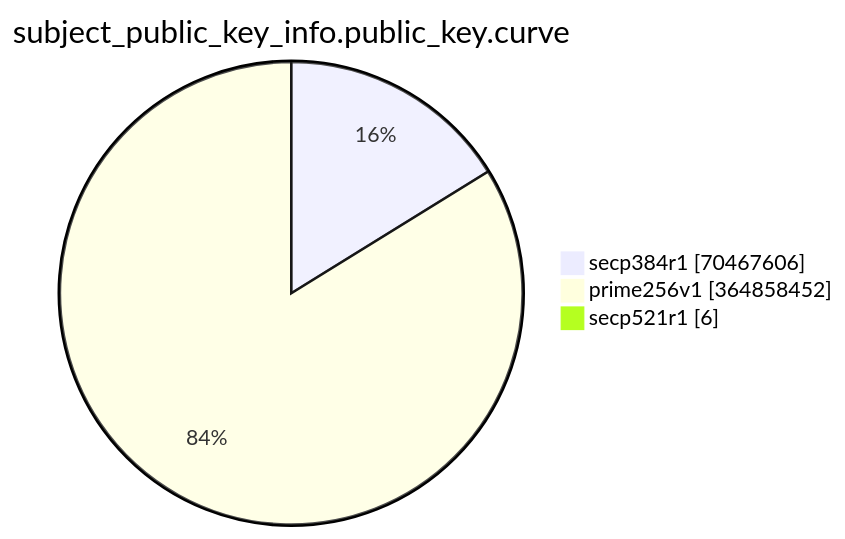
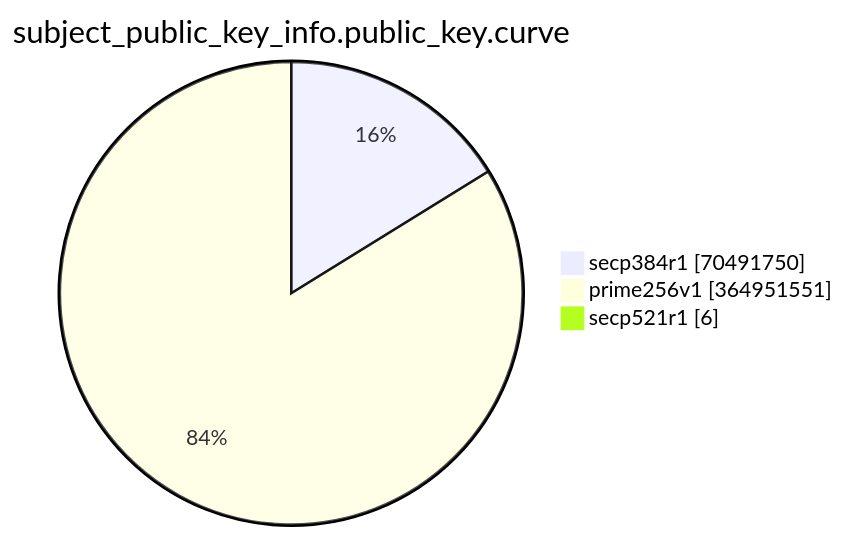
One commit to christiankrug/ctmonitor_visualization changed the eighth of 15 diagrams in TOTAL/README.md. Above: the diagram before and after it, drawn with Mermaid. The commit also changed other lines of this file, not shown here.

````diff
--- a/TOTAL/README.md
+++ b/TOTAL/README.md
@@ -3092,7 +3092,7 @@
 ```mermaid
 pie showData
 title subject_public_key_info.public_key.curve
-"secp384r1" :70467606
-"prime256v1" :364858452
+"secp384r1" :70491750
+"prime256v1" :364951551
 "secp521r1" :6
 ```
````
